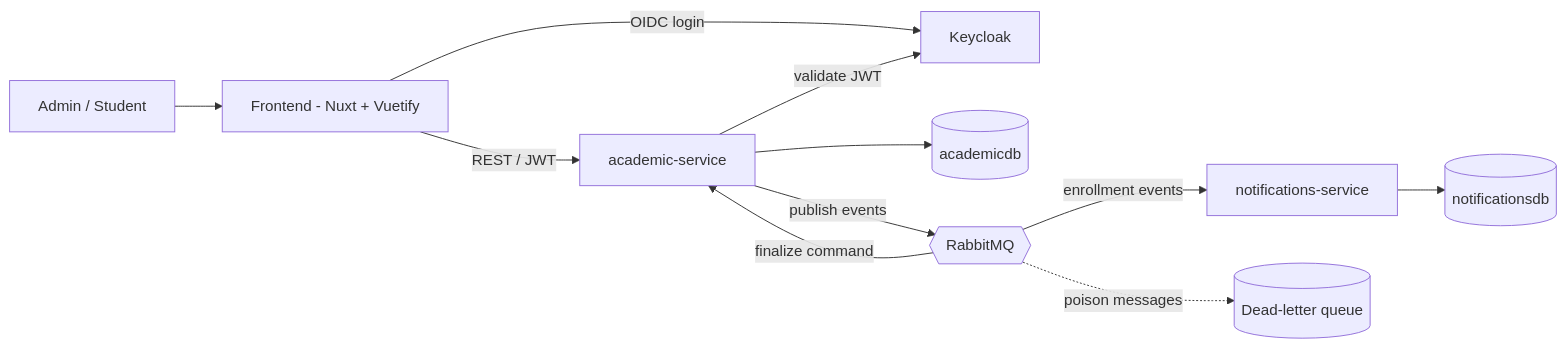
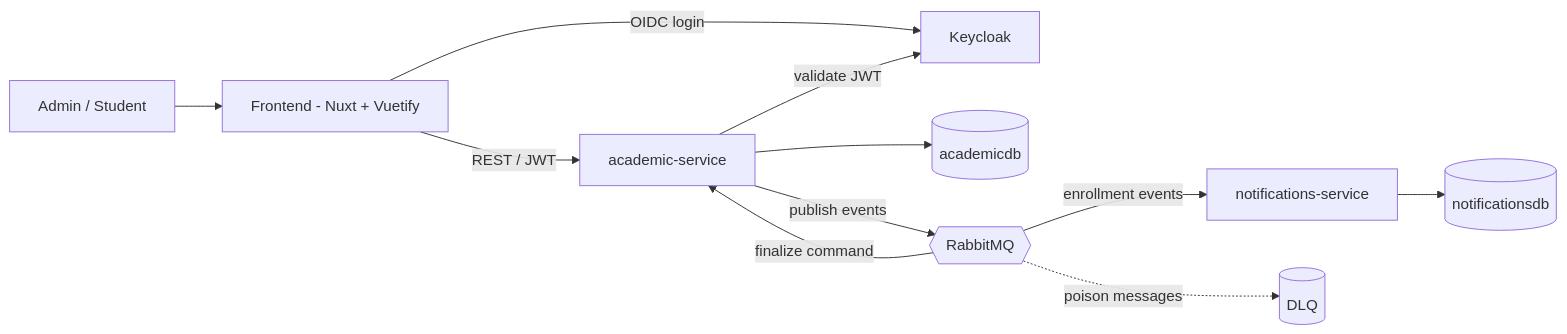
The first of 2 diagrams in tanii/technical-design.md (maycontanii/academic-enrollment-system), drawn with Mermaid before and after one commit. The commit also changed other lines of this file and 1 other file, not shown here.

````diff
--- a/tanii/technical-design.md
+++ b/tanii/technical-design.md
@@ -18,13 +19,13 @@
 ```mermaid
 flowchart LR
   U[Admin / Student] --> FE[Frontend - Nuxt + Vuetify]
   FE -- REST / JWT --> AC[academic-service]
   FE -- OIDC login --> KC[Keycloak]
   AC -- validate JWT --> KC
   AC --> PGA[(academicdb)]
   AC -- publish events --> MQ{{RabbitMQ}}
   MQ -- finalize command --> AC
   MQ -- enrollment events --> NS[notifications-service]
   NS --> PGN[(notificationsdb)]
-  MQ -. poison messages .-> DLQ[(Dead-letter queue)]
+  MQ -. poison messages .-> DLQ[(DLQ)]
 ```
````
